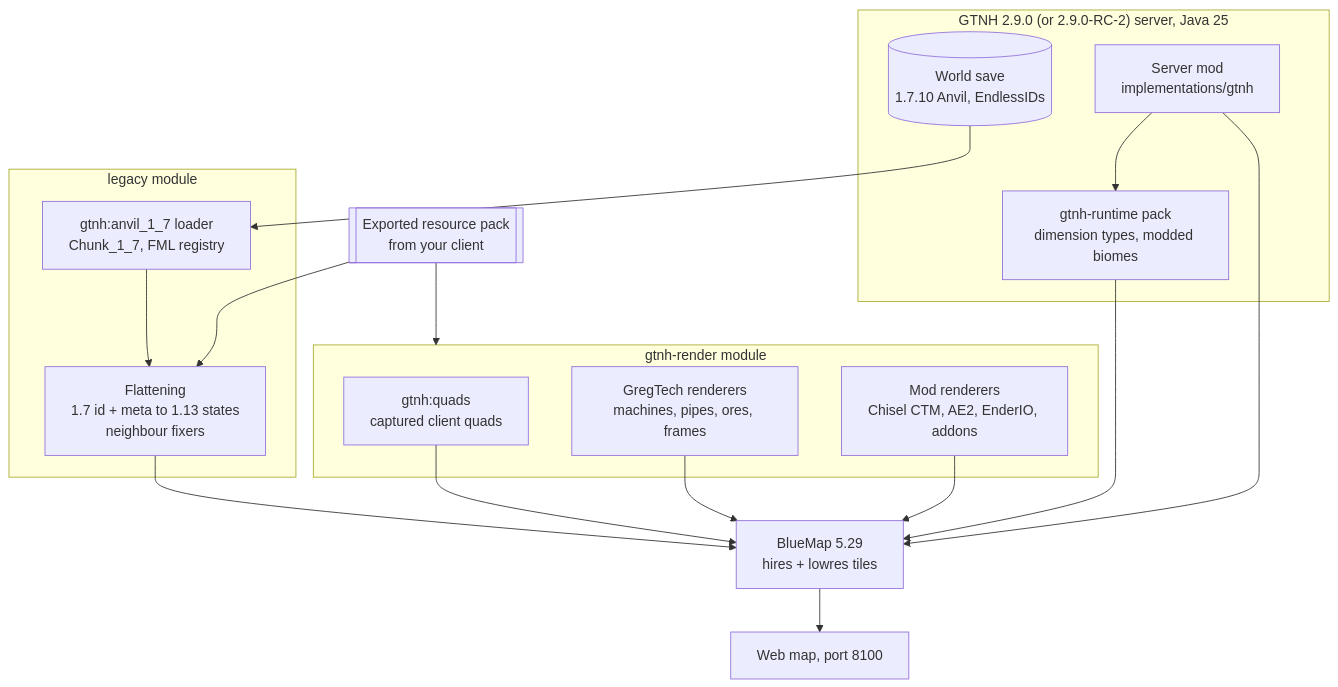
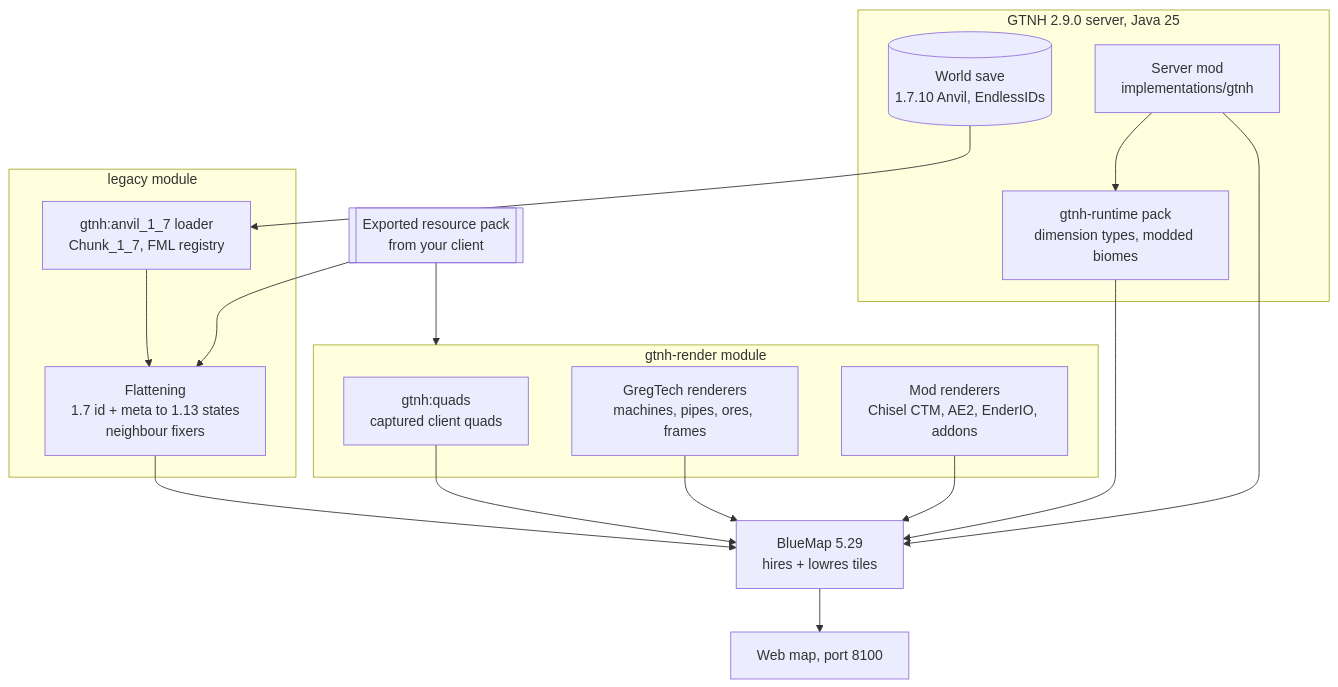
The first of 3 diagrams in site/architecture.md (Bluemap-GTNH-Unofficial/BlueMap-GTNH), drawn with Mermaid before and after one commit. The commit also changed other lines of this file and 17 other files, not shown here.

````diff
--- a/site/architecture.md
+++ b/site/architecture.md
@@ -10,30 +10,30 @@
 ```mermaid
 flowchart TB
-  subgraph server["GTNH 2.9.0 (or 2.9.0-RC-2) server, Java 25"]
+  subgraph server["GTNH 2.9.0 server, Java 25"]
     world[("World save<br/>1.7.10 Anvil, EndlessIDs")]
     mod["Server mod<br/>implementations/gtnh"]
     runtime["gtnh-runtime pack<br/>dimension types, modded biomes"]
   end
   subgraph legacy["legacy module"]
     loader["gtnh:anvil_1_7 loader<br/>Chunk_1_7, FML registry"]
     flat["Flattening<br/>1.7 id + meta to 1.13 states<br/>neighbour fixers"]
   end
   subgraph render["gtnh-render module"]
     quads["gtnh:quads<br/>captured client quads"]
     gt["GregTech renderers<br/>machines, pipes, ores, frames"]
     mods["Mod renderers<br/>Chisel CTM, AE2, EnderIO, addons"]
   end
   pack[["Exported resource pack<br/>from your client"]]
   core["BlueMap 5.29<br/>hires + lowres tiles"]
   web["Web map, port 8100"]
 
   world --> loader --> flat --> core
   pack --> flat
   pack --> render
   quads --> core
   gt --> core
   mods --> core
   mod --> runtime --> core
   mod --> core
   core --> web
 ```
````
